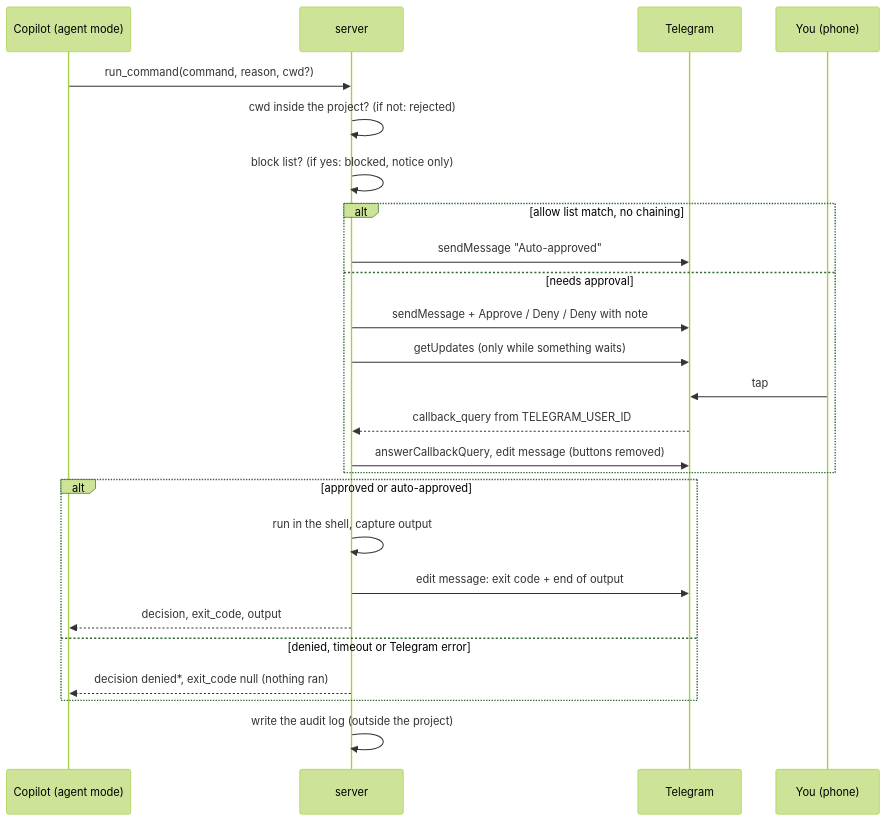
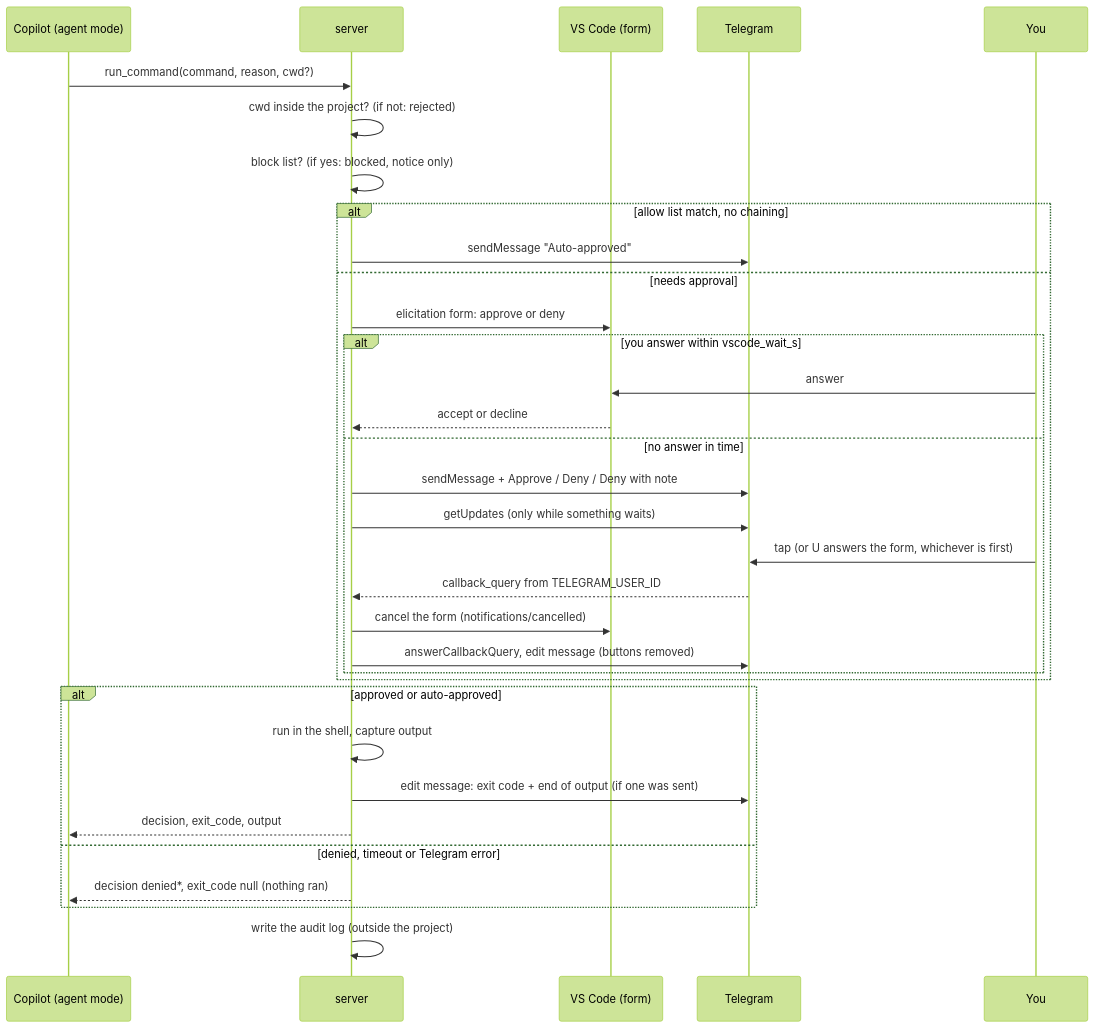
The diagram in docs/ARCHITECTURE.md (weslylaboy/vscode-copilot-telegram), drawn with Mermaid (forest theme) before and after one commit. The commit also changed other lines of this file and 17 other files, not shown here.

First line of the commit message:
Ask in VS Code first, then on Telegram

````diff
--- a/docs/ARCHITECTURE.md
+++ b/docs/ARCHITECTURE.md
@@ -35,27 +35,35 @@
 ```mermaid
 sequenceDiagram
     participant C as Copilot (agent mode)
     participant S as server
+    participant V as VS Code (form)
     participant T as Telegram
-    participant U as You (phone)
+    participant U as You
     C->>S: run_command(command, reason, cwd?)
     S->>S: cwd inside the project? (if not: rejected)
     S->>S: block list? (if yes: blocked, notice only)
     alt allow list match, no chaining
         S->>T: sendMessage "Auto-approved"
     else needs approval
-        S->>T: sendMessage + Approve / Deny / Deny with note
-        S->>T: getUpdates (only while something waits)
-        U->>T: tap
-        T-->>S: callback_query from TELEGRAM_USER_ID
-        S->>T: answerCallbackQuery, edit message (buttons removed)
+        S->>V: elicitation form: approve or deny
+        alt you answer within vscode_wait_s
+            U->>V: answer
+            V-->>S: accept or decline
+        else no answer in time
+            S->>T: sendMessage + Approve / Deny / Deny with note
+            S->>T: getUpdates (only while something waits)
+            U->>T: tap (or U answers the form, whichever is first)
+            T-->>S: callback_query from TELEGRAM_USER_ID
+            S->>V: cancel the form (notifications/cancelled)
+            S->>T: answerCallbackQuery, edit message (buttons removed)
+        end
     end
     alt approved or auto-approved
         S->>S: run in the shell, capture output
-        S->>T: edit message: exit code + end of output
+        S->>T: edit message: exit code + end of output (if one was sent)
         S-->>C: decision, exit_code, output
     else denied, timeout or Telegram error
         S-->>C: decision denied*, exit_code null (nothing ran)
     end
     S->>S: write the audit log (outside the project)
 ```
````
